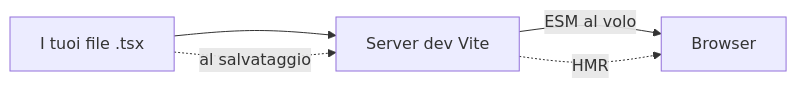
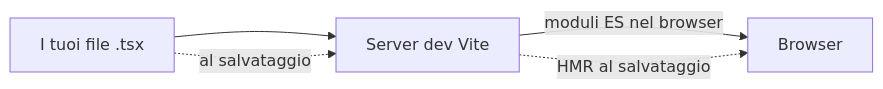
Before and after one commit to BabaScience/react-guides: the second of 10 diagrams in arguments/chapters/it/01-fundamentals.md, drawn with Mermaid. The commit also changed other lines of this file and 46 other files, not shown here.

````diff
--- a/arguments/chapters/it/01-fundamentals.md
+++ b/arguments/chapters/it/01-fundamentals.md
@@ -59,7 +97,7 @@
 ```mermaid
 graph LR
     Files["I tuoi file .tsx"] --> Vite[Server dev Vite]
-    Vite -->|ESM al volo| Browser[Browser]
-    Vite -.->|HMR| Browser
+    Vite -->|moduli ES nel browser| Browser[Browser]
+    Vite -.->|HMR al salvataggio| Browser
     Files -.->|al salvataggio| Vite
 ```
````
